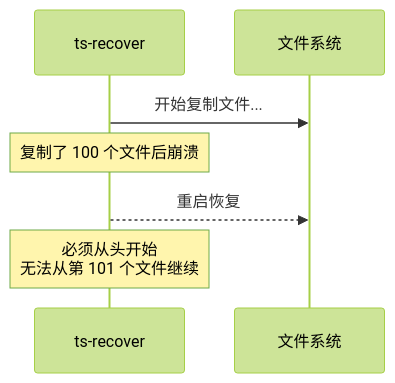
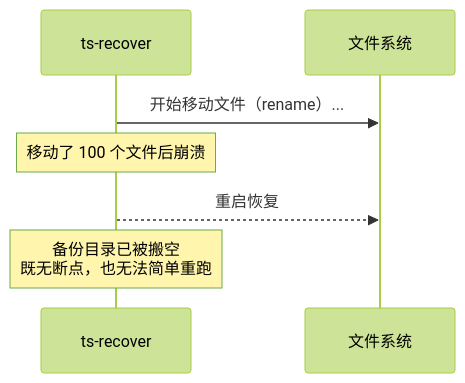
The tenth of 11 diagrams in docs/specs/35_recovery_tool_spec.md (stefanv5/openGemini), drawn with Mermaid (forest theme) before and after one commit. The commit also changed other lines of this file and 37 other files, not shown here.

````diff
--- a/docs/specs/35_recovery_tool_spec.md
+++ b/docs/specs/35_recovery_tool_spec.md
@@ -931,11 +981,11 @@
 ```mermaid
 sequenceDiagram
     participant CLI as ts-recover
     participant FS as 文件系统
 
-    CLI->>FS: 开始复制文件...
-    Note over CLI: 复制了 100 个文件后崩溃
+    CLI->>FS: 开始移动文件（rename）...
+    Note over CLI: 移动了 100 个文件后崩溃
 
     CLI-->>FS: 重启恢复
-    Note over CLI: 必须从头开始<br/>无法从第 101 个文件继续
+    Note over CLI: 备份目录已被搬空<br/>既无断点，也无法简单重跑
 ```
````
